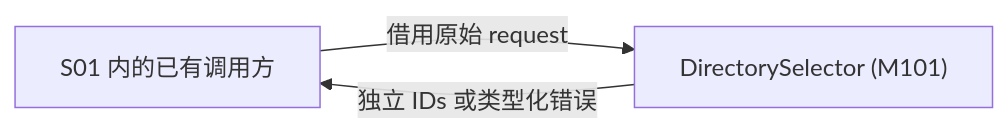
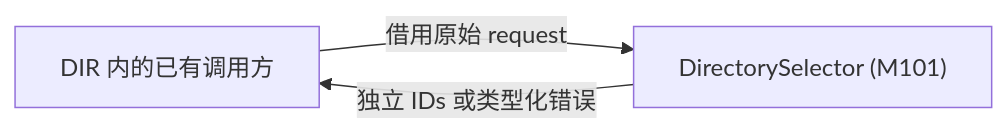
Before and after one commit to corezilla/STD: the first of 11 diagrams in templates/design/design-definition.md, drawn with Mermaid. The commit also changed other lines of this file and 18 other files, not shown here.

````diff
--- a/templates/design/design-definition.md
+++ b/templates/design/design-definition.md
@@ -245,5 +245,5 @@
 ```mermaid
 flowchart LR
-    C["S01 内的已有调用方"] -->|"借用原始 request"| M["DirectorySelector (M101)"]
+    C["DIR 内的已有调用方"] -->|"借用原始 request"| M["DirectorySelector (M101)"]
     M -->|"独立 IDs 或类型化错误"| C
 ```
````
